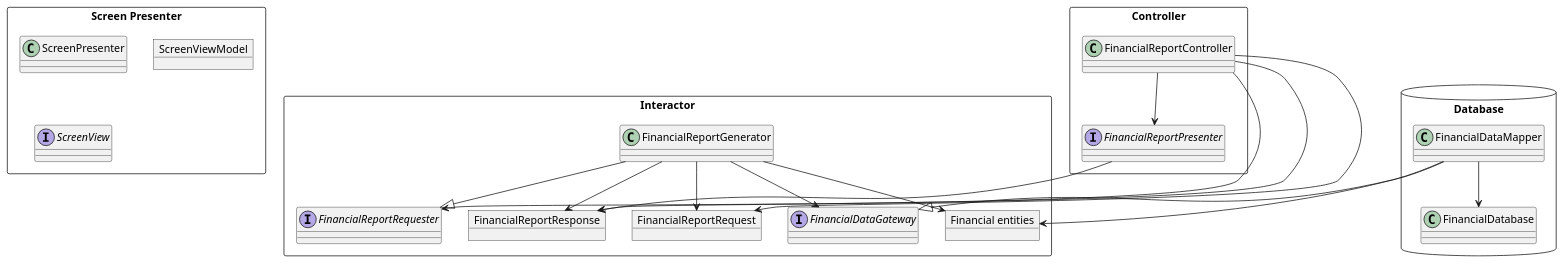
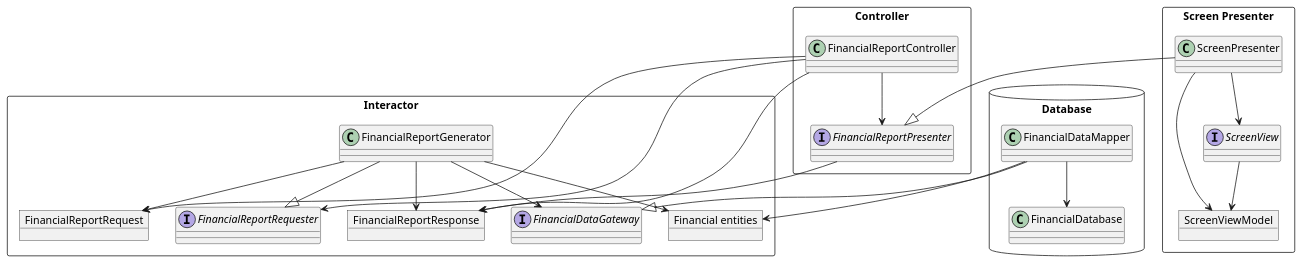
One commit to huland/logseq-notes changed the third of 3 diagrams in pages/Robert C. Martin - Clean Architecture A Craftsman's Guide to Software Structure and Design.md. Above: the diagram before and after it, drawn with PlantUML.

Commit message:
Auto saved by Logseq

```diff
--- a/pages/Robert C. Martin - Clean Architecture A Craftsman's Guide to Software Structure and Design.md
+++ b/pages/Robert C. Martin - Clean Architecture A Craftsman's Guide to Software Structure and Design.md
@@ -203,40 +203,42 @@
 				  @startuml
 				  
 				  rectangle Interactor {
 				    object FinancialReportRequest
 				    interface FinancialReportRequester
 				    object FinancialReportResponse
 				    class FinancialReportGenerator
 				    interface FinancialDataGateway
 				    object "Financial entities" as FinancialEntities
 				  }
 				  rectangle Controller {
 				    class FinancialReportController 
 				    interface FinancialReportPresenter
 				  }
 				  database Database {
 				    class FinancialDataMapper 
 				    class FinancialDatabase
 				  }
 				  rectangle "Screen Presenter" as ScreenPres {
 				    class ScreenPresenter
 				    object ScreenViewModel
 				    interface ScreenView
 				  } 
-				  
-				  
+				  ScreenPresenter --> ScreenView
+				  ScreenView --> ScreenViewModel
+				  ScreenPresenter --> ScreenViewModel
+				  ScreenPresenter --|> FinancialReportPresenter
 				  FinancialReportController --> FinancialReportPresenter
 				  FinancialReportPresenter --> FinancialReportResponse
 				  FinancialReportController --> FinancialReportRequest
 				  FinancialReportController --> FinancialReportRequester
 				  FinancialReportGenerator --> FinancialReportRequest
 				  FinancialReportGenerator --> FinancialEntities
 				  FinancialReportGenerator --> FinancialReportResponse
 				  FinancialReportGenerator --> FinancialDataGateway
 				  FinancialReportGenerator --|> FinancialReportRequester
 				  FinancialReportController --> FinancialReportResponse
 				  FinancialDataMapper --> FinancialDatabase
 				  FinancialDataMapper --> FinancialEntities
 				  FinancialDataMapper --|> FinancialDataGateway
 				  
 				  @enduml
```
